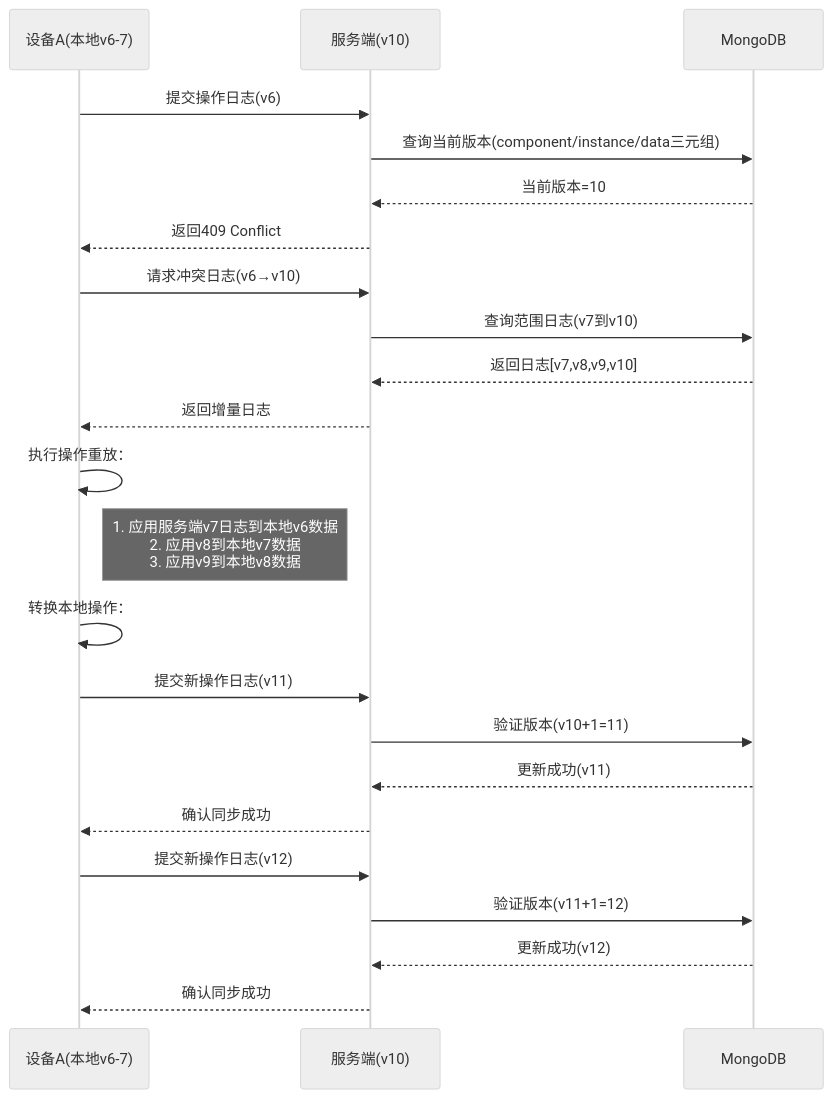
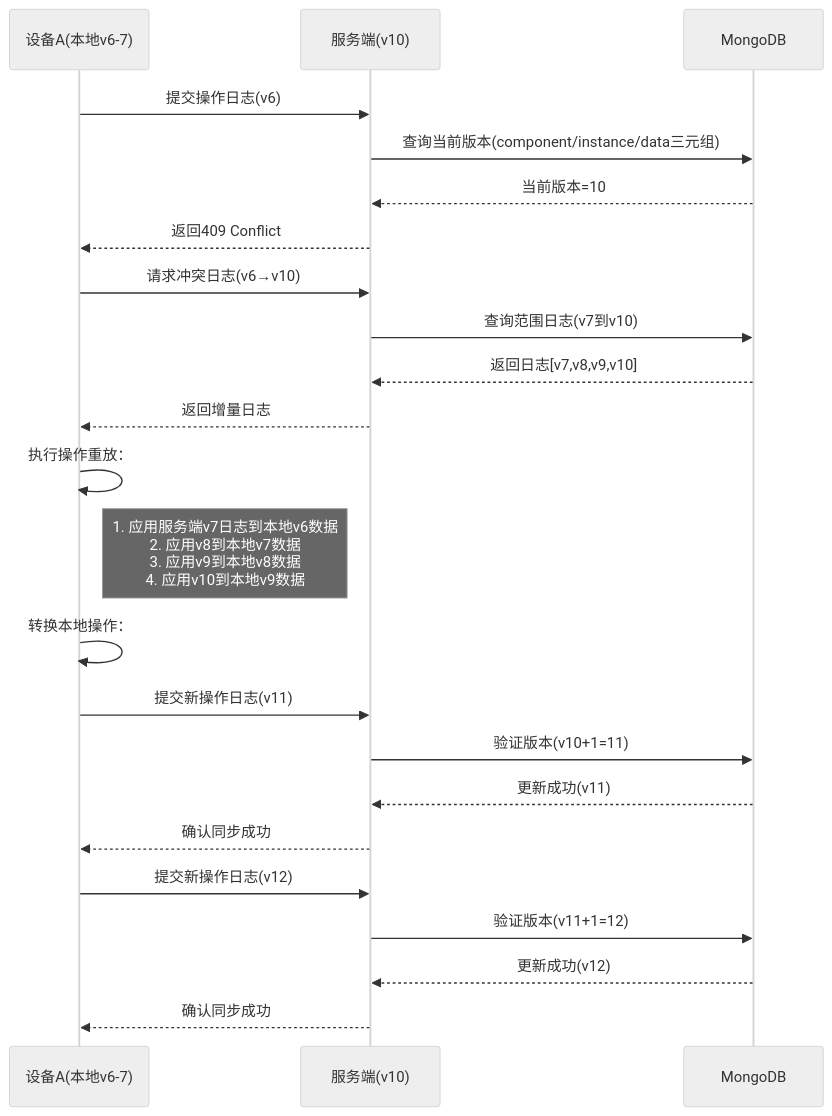
One commit to yingjianzh/iodraw-files changed the diagram in all/未命名-26.md. Above: the diagram before and after it, drawn with Mermaid (neutral theme).

Commit message:
2025-02-26 16:22:04 update

````diff
--- a/all/未命名-26.md
+++ b/all/未命名-26.md
@@ -1,39 +1,39 @@
 ```mermaid
 sequenceDiagram
     participant A as 设备A(本地v6-7)
     participant S as 服务端(v10)
     participant DB as MongoDB
 
     %% 初始同步尝试
     A->>S: 提交操作日志(v6)
     S->>DB: 查询当前版本(component/instance/data三元组)
     DB-->>S: 当前版本=10
     S-->>A: 返回409 Conflict
 
     %% 冲突解决阶段
     A->>S: 请求冲突日志(v6→v10)
     S->>DB: 查询范围日志(v7到v10)
     DB-->>S: 返回日志[v7,v8,v9,v10]
     S-->>A: 返回增量日志
 
     %% 本地数据重建
     A->>A: 执行操作重放：
-    note right of A: 1. 应用服务端v7日志到本地v6数据 <br> 2. 应用v8到本地v7数据 <br> 3. 应用v9到本地v8数据 
+    note right of A: 1. 应用服务端v7日志到本地v6数据 <br> 2. 应用v8到本地v7数据 <br> 3. 应用v9到本地v8数据 <br> 4. 应用v10到本地v9数据
 
 
 
     %% 本地操作转换
     A->>A: 转换本地操作：
     
 
     %% 重新提交
     A->>S: 提交新操作日志(v11)
     S->>DB: 验证版本(v10+1=11)
     DB-->>S: 更新成功(v11)
     S-->>A: 确认同步成功
 
     A->>S: 提交新操作日志(v12)
     S->>DB: 验证版本(v11+1=12)
     DB-->>S: 更新成功(v12)
     S-->>A: 确认同步成功
 ```
````
